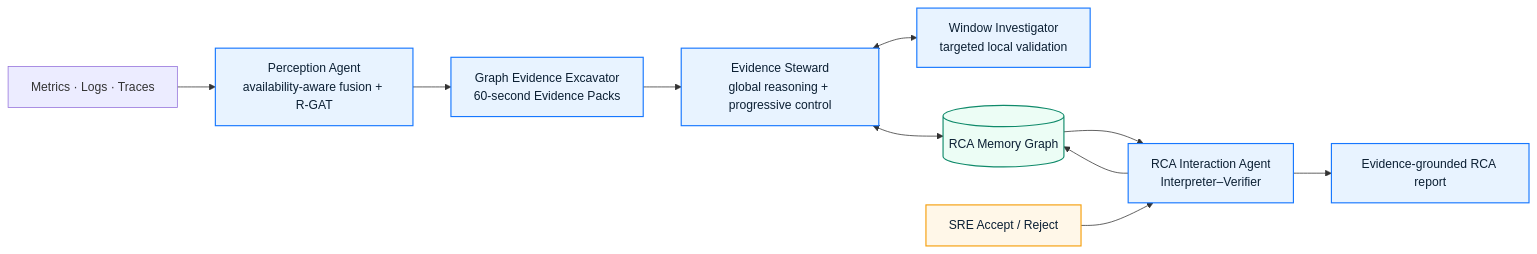
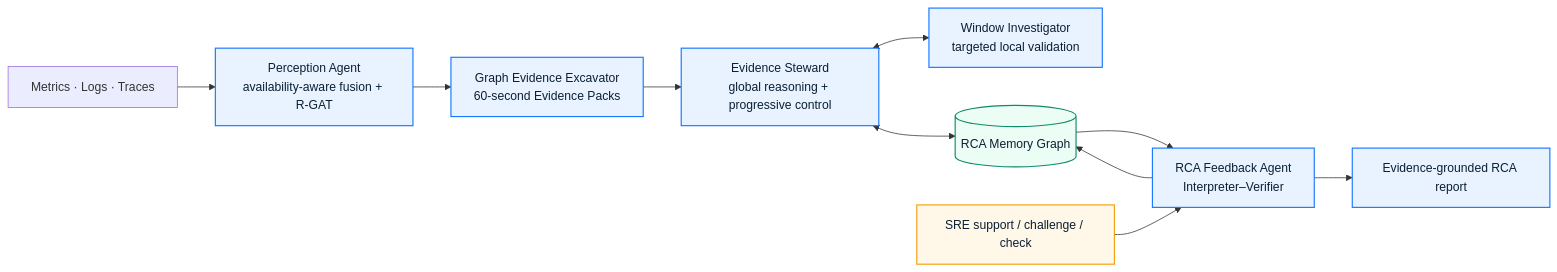
One commit to YijenChan/Root_Teller_RCA changed the diagram in README.md. Above: the diagram before and after it, drawn with Mermaid. The commit also changed other lines of this file and 68 other files, not shown here.

````diff
--- a/README.md
+++ b/README.md
@@ -25,19 +34,19 @@
 ```mermaid
 flowchart LR
     T["Metrics · Logs · Traces"] --> P["Perception Agent<br/>availability-aware fusion + R-GAT"]
     P --> X["Graph Evidence Excavator<br/>60-second Evidence Packs"]
     X --> S["Evidence Steward<br/>global reasoning + progressive control"]
     S <--> W["Window Investigator<br/>targeted local validation"]
     S <--> R[("RCA Memory Graph")]
-    R --> I["RCA Interaction Agent<br/>Interpreter–Verifier"]
+    R --> I["RCA Feedback Agent<br/>Interpreter–Verifier"]
     I --> O["Evidence-grounded RCA report"]
-    H["SRE Accept / Reject"] --> I
+    H["SRE support / challenge / check"] --> I
     I --> R
 
     classDef core fill:#E8F3FF,stroke:#1677FF,color:#0B1F33,stroke-width:1.5px;
     classDef memory fill:#ECFDF5,stroke:#0F8A6A,color:#0B1F33,stroke-width:1.5px;
     classDef human fill:#FFF7E8,stroke:#F59E0B,color:#0B1F33,stroke-width:1.5px;
     class P,X,S,W,I,O core;
     class R memory;
     class H human;
 ```
````
